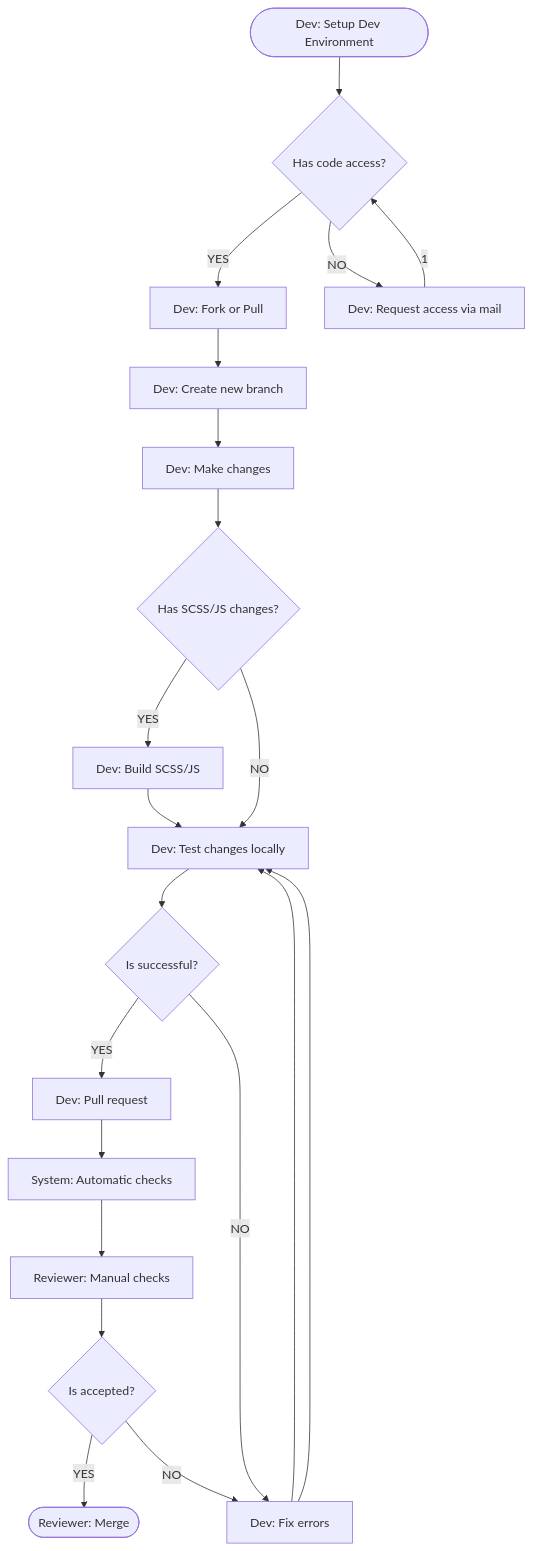
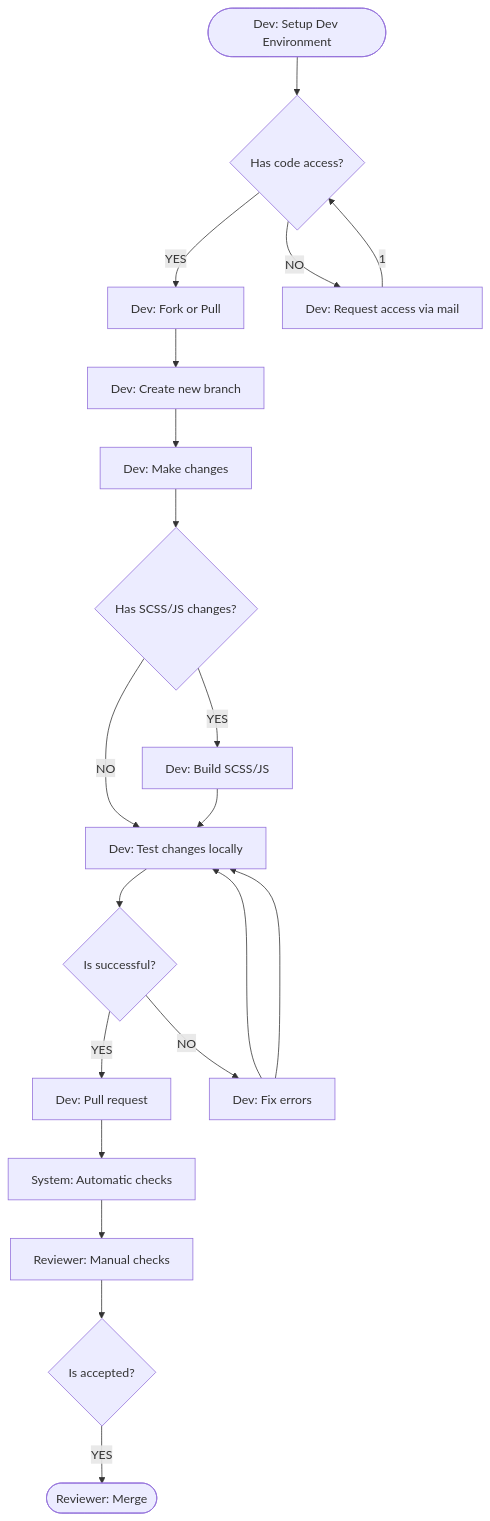
Before and after one commit to Karaka-Management/Organization-Guide: the diagram in Processes/01_Development_Flowchart.md, drawn with Mermaid.

````diff
--- a/Processes/01_Development_Flowchart.md
+++ b/Processes/01_Development_Flowchart.md
@@ -3,23 +3,22 @@
 ```mermaid
 graph TD;
     SETUP_DEV_ENV([Dev: Setup Dev Environment])-->HAS_ACCESS{Has code access?};
     HAS_ACCESS-- YES -->FORK[Dev: Fork or Pull];
     HAS_ACCESS-- NO -->REQUEST_ACCESS[Dev: Request access via mail];
     FORK-->NEW_BRANCH[Dev: Create new branch];
     REQUEST_ACCESS--1-->HAS_ACCESS;
     NEW_BRANCH-->CHANGE[Dev: Make changes];
     CHANGE-->HAS_BUILD_CHANGES{Has SCSS/JS changes?};
     HAS_BUILD_CHANGES-- YES -->BUILD[Dev: Build SCSS/JS];
     HAS_BUILD_CHANGES-- NO -->TEST_CHANGE[Dev: Test changes locally];
     BUILD-->TEST_CHANGE;
     TEST_CHANGE-->IS_SUCCESSFUL{Is successful?};
     IS_SUCCESSFUL-- YES -->PULL_REQUEST[Dev: Pull request];
     IS_SUCCESSFUL-- NO -->FIX[Dev: Fix errors];
     FIX-->TEST_CHANGE;
     PULL_REQUEST-->AUTOMATIC_CHECKS[System: Automatic checks]
     AUTOMATIC_CHECKS-->MANUAL_CHECKS[Reviewer: Manual checks]
     MANUAL_CHECKS-->IS_ACCEPTED{Is accepted?};
     IS_ACCEPTED-- YES -->MERGE([Reviewer: Merge]);
-    IS_ACCEPTED-- NO -->FIX;
     FIX-->TEST_CHANGE;
 ```
````
